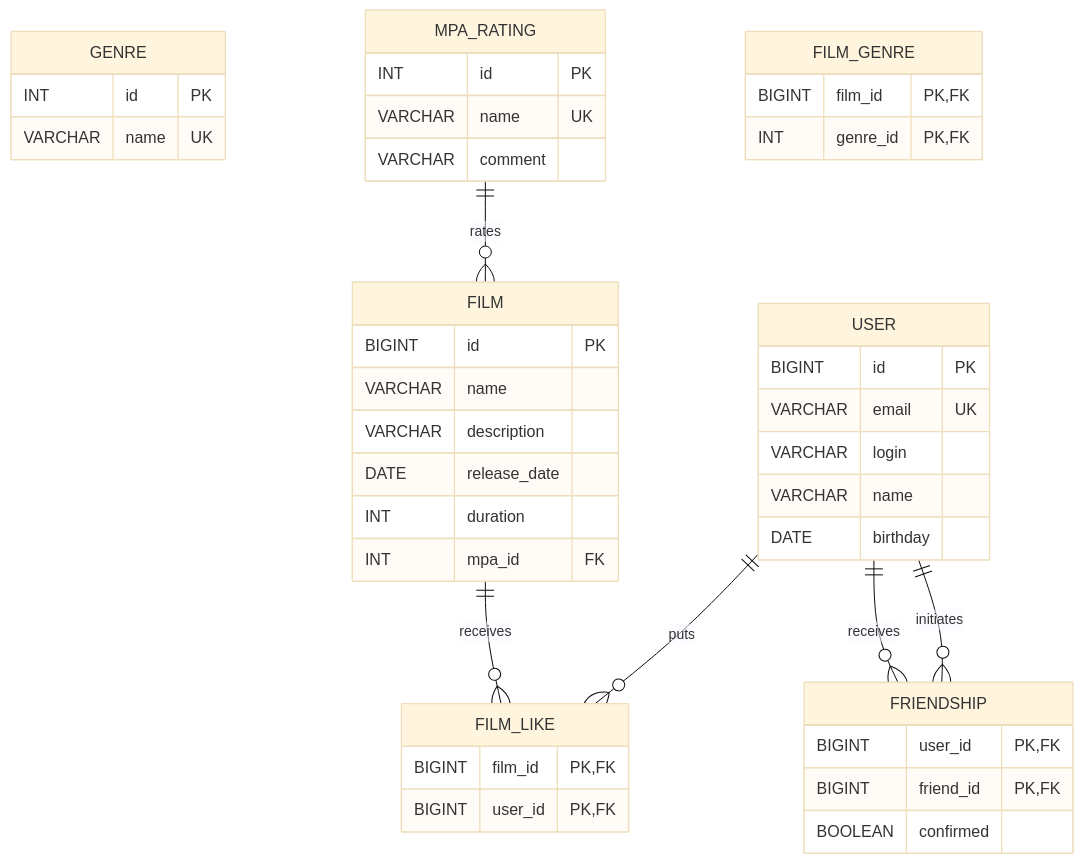
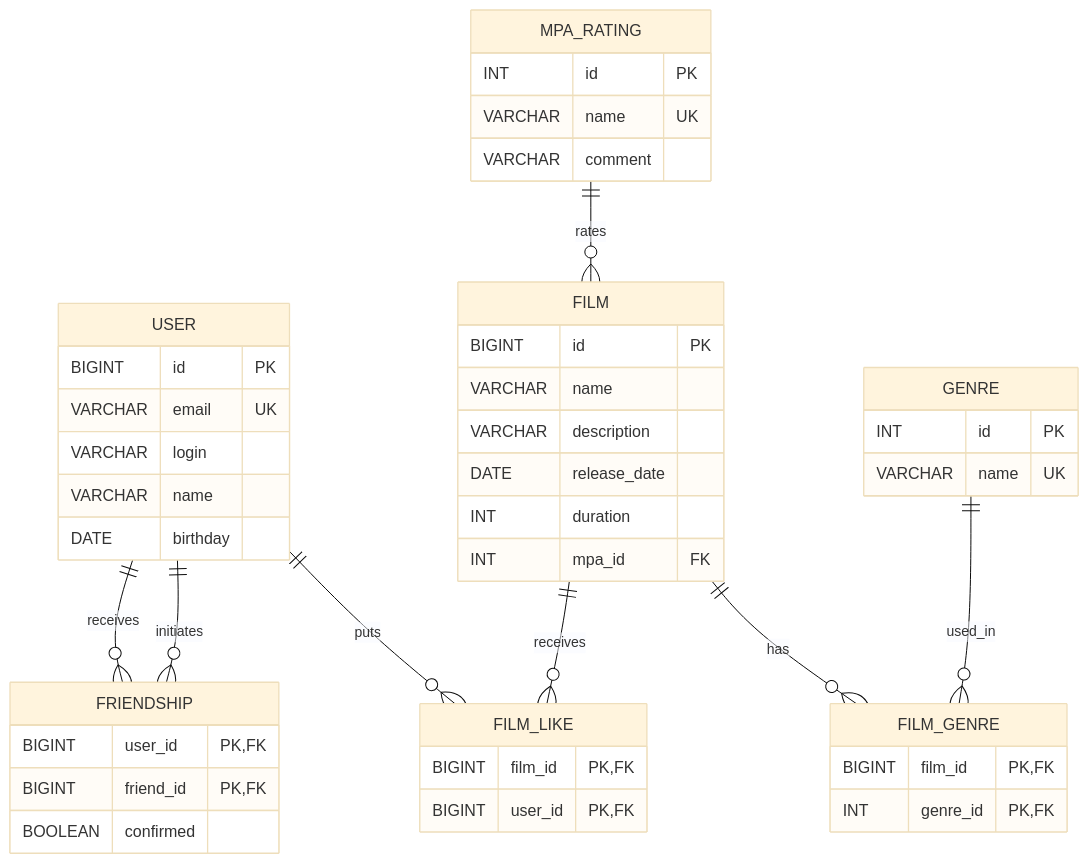
Before and after one commit to Antistas/java-filmorate: the diagram in README.md, drawn with Mermaid (base theme).

Commit message:
Добавлена БД

````diff
--- a/README.md
+++ b/README.md
@@ -5,52 +5,55 @@
 ```mermaid
 erDiagram
     USER {
         BIGINT id PK
         VARCHAR email UK
         VARCHAR login
         VARCHAR name
         DATE birthday
     }
 
     FILM {
         BIGINT id PK
         VARCHAR name
         VARCHAR description
         DATE release_date
         INT duration
         INT mpa_id FK
     }
 
     GENRE {
         INT id PK
         VARCHAR name UK
     }
 
     MPA_RATING {
         INT id PK
         VARCHAR name UK
         VARCHAR comment
     }
 
     FILM_GENRE {
         BIGINT film_id PK, FK
         INT genre_id PK, FK
     }
 
     FILM_LIKE {
         BIGINT film_id PK, FK
         BIGINT user_id PK, FK
     }
 
     FRIENDSHIP {
         BIGINT user_id PK, FK
         BIGINT friend_id PK, FK
         BOOLEAN confirmed
     }
 
     MPA_RATING ||--o{ FILM : rates
+    FILM ||--o{ FILM_GENRE : has
+    GENRE ||--o{ FILM_GENRE : used_in
     USER ||--o{ FILM_LIKE : puts
     FILM ||--o{ FILM_LIKE : receives
     USER ||--o{ FRIENDSHIP : initiates
     USER ||--o{ FRIENDSHIP : receives
+
 ```
````
